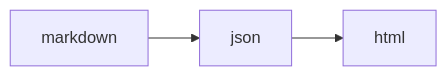
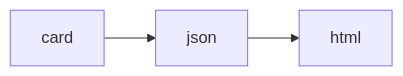
One commit to asano69/hatchcards changed the diagram in README.md. Above: the diagram before and after it, drawn with Mermaid.

Commit message:
README.md を更新

````diff
--- a/README.md
+++ b/README.md
@@ -63,5 +63,5 @@
 ```mermaid
 graph LR
-markdown --> json
+card --> json
 json --> html
 ```
````
